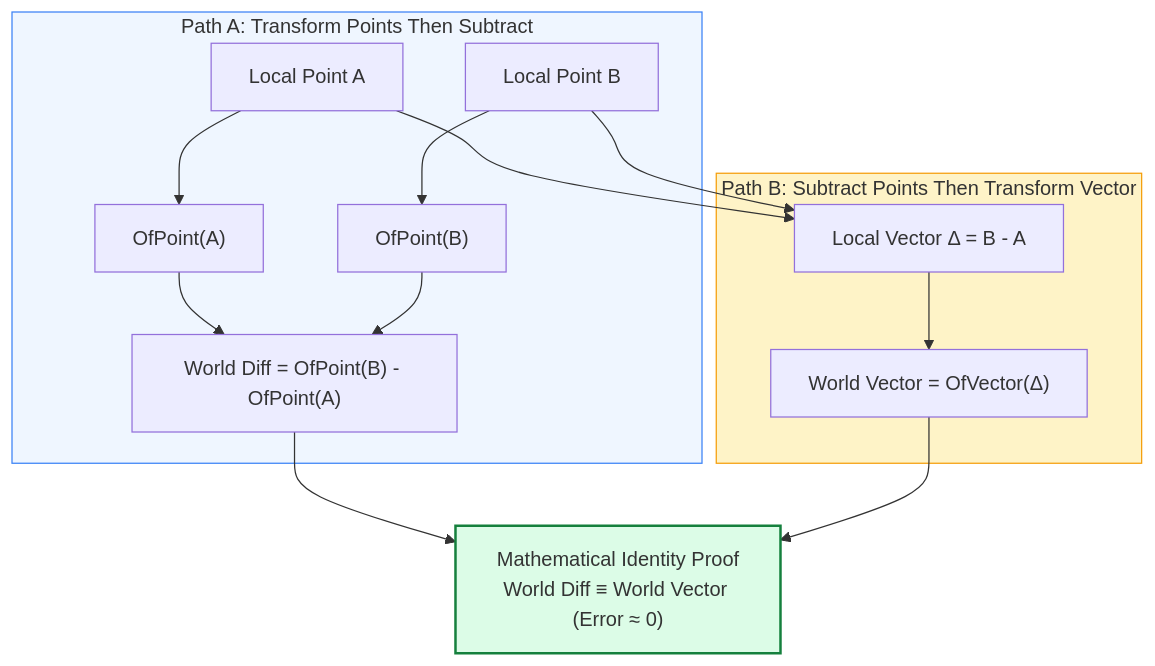
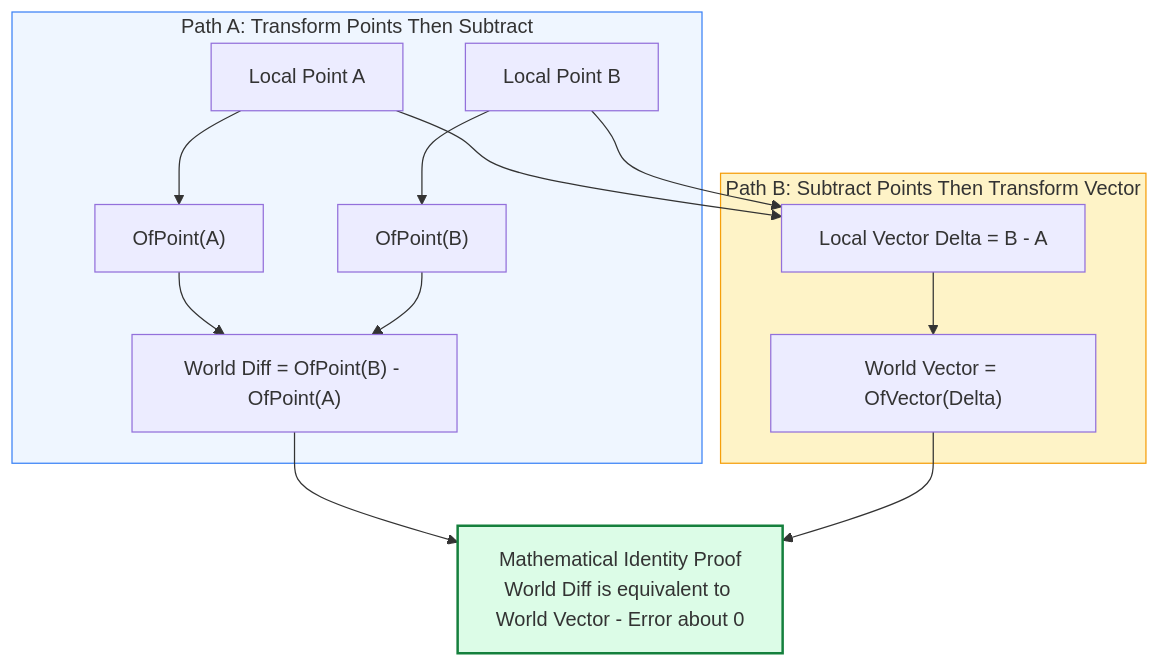
Diagram 13 of 31 in RevitApiSamples/Samples/TransformModule/TransformModule.md (Mustafa-TOMMY/CommandSamplesRevitApiVer2025), drawn with Mermaid before and after one commit. The commit also changed other lines of this file, not shown here.

Commit message:
Update the mermaid sections

````diff
--- a/RevitApiSamples/Samples/TransformModule/TransformModule.md
+++ b/RevitApiSamples/Samples/TransformModule/TransformModule.md
@@ -397,19 +417,19 @@
 ```mermaid
 flowchart TD
     subgraph PathA["Path A: Transform Points Then Subtract"]
         PA["Local Point A"] --> TA["OfPoint(A)"]
         PB["Local Point B"] --> TB["OfPoint(B)"]
         TA & TB --> SUB1["World Diff = OfPoint(B) - OfPoint(A)"]
     end
 
     subgraph PathB["Path B: Subtract Points Then Transform Vector"]
-        PA & PB --> SUB2["Local Vector Δ = B - A"]
-        SUB2 --> TOV["World Vector = OfVector(Δ)"]
+        PA & PB --> SUB2["Local Vector Delta = B - A"]
+        SUB2 --> TOV["World Vector = OfVector(Delta)"]
     end
 
-    SUB1 & TOV --> PROOF["Mathematical Identity Proof\nWorld Diff ≡ World Vector (Error ≈ 0)"]
+    SUB1 & TOV --> PROOF["Mathematical Identity Proof<br/>World Diff is equivalent to World Vector - Error about 0"]
 
     style PathA fill:#eff6ff,stroke:#3b82f6
     style PathB fill:#fef3c7,stroke:#f59e0b
     style PROOF fill:#dcfce7,stroke:#15803d,stroke-width:2px
 ```
````
